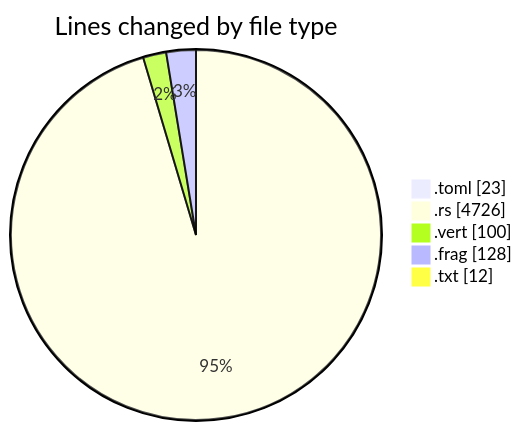
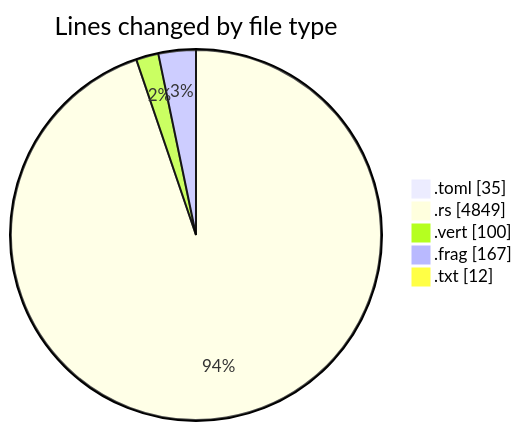
The first of 2 diagrams in 2025-01-02/3drust/README.md (ernivani/code-tracking), drawn with Mermaid before and after one commit. The commit also changed other lines of this file and 2 other files, not shown here.

````diff
--- a/2025-01-02/3drust/README.md
+++ b/2025-01-02/3drust/README.md
@@ -28,9 +28,9 @@
 ```mermaid
 pie showData
 title Lines changed by file type
-".toml" : 23
-".rs" : 4726
+".toml" : 35
+".rs" : 4849
 ".vert" : 100
-".frag" : 128
+".frag" : 167
 ".txt" : 12
 ```
````
